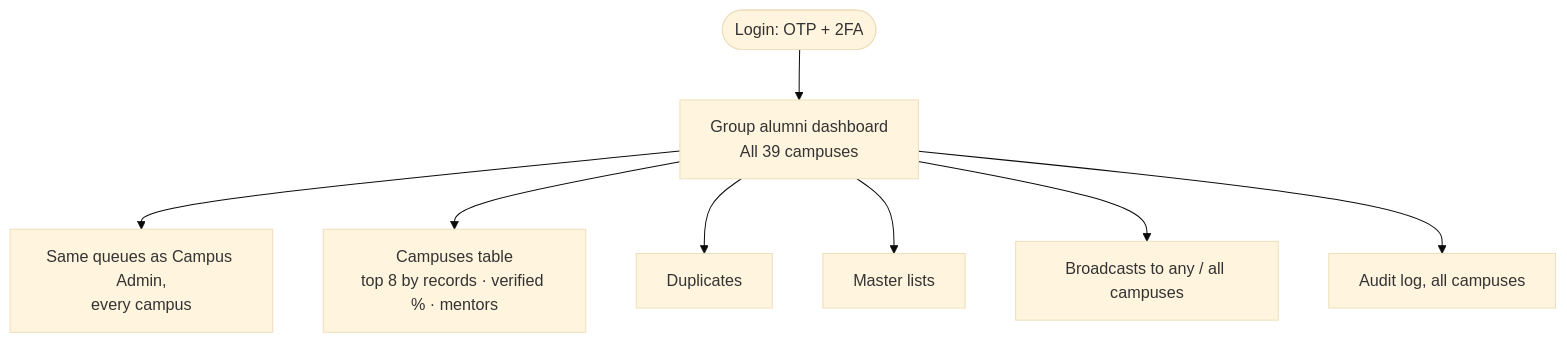
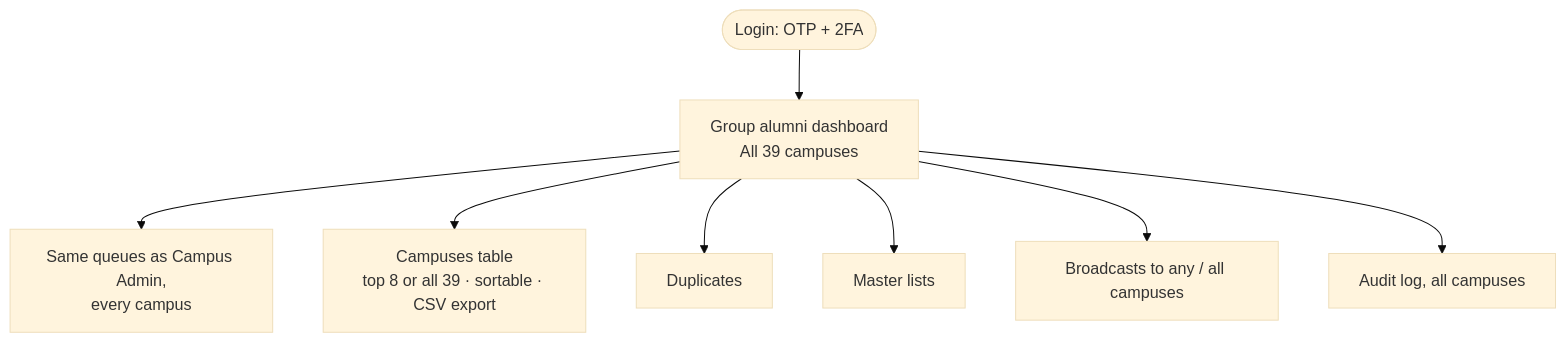
One commit to shubham-pawar-tc/vibgyor-alumni changed the first of 5 diagrams in docs/GAO-FLOW.md. Above: the diagram before and after it, drawn with Mermaid (base theme). The commit also changed other lines of this file and 17 other files, not shown here.

First line of the commit message:
feat: build the remaining open items from the flow docs

````diff
--- a/docs/GAO-FLOW.md
+++ b/docs/GAO-FLOW.md
@@ -46,10 +46,10 @@
 ```mermaid
 flowchart TD
     A([Login: OTP + 2FA]) --> B[Group alumni dashboard<br/>All 39 campuses]
     B --> C[Same queues as Campus Admin,<br/>every campus]
-    B --> D[Campuses table<br/>top 8 by records · verified % · mentors]
+    B --> D[Campuses table<br/>top 8 or all 39 · sortable · CSV export]
     B --> E[Duplicates]
     B --> F[Master lists]
     B --> G[Broadcasts to any / all campuses]
     B --> H[Audit log, all campuses]
 ```
````
